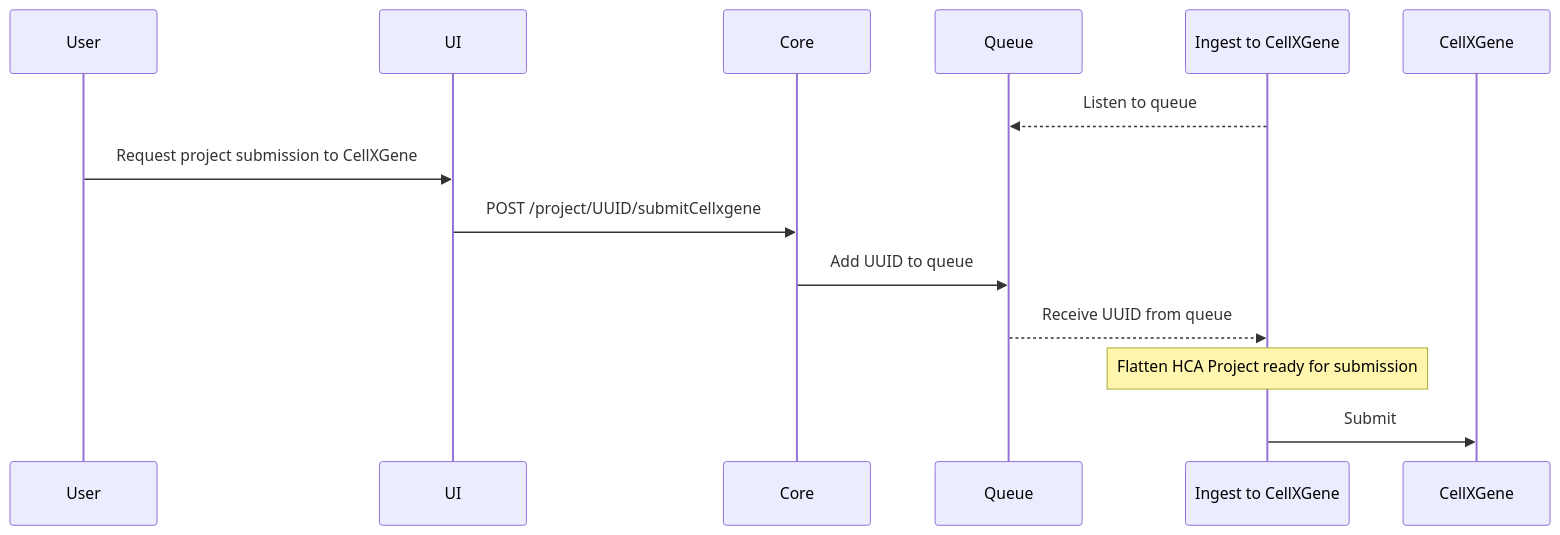
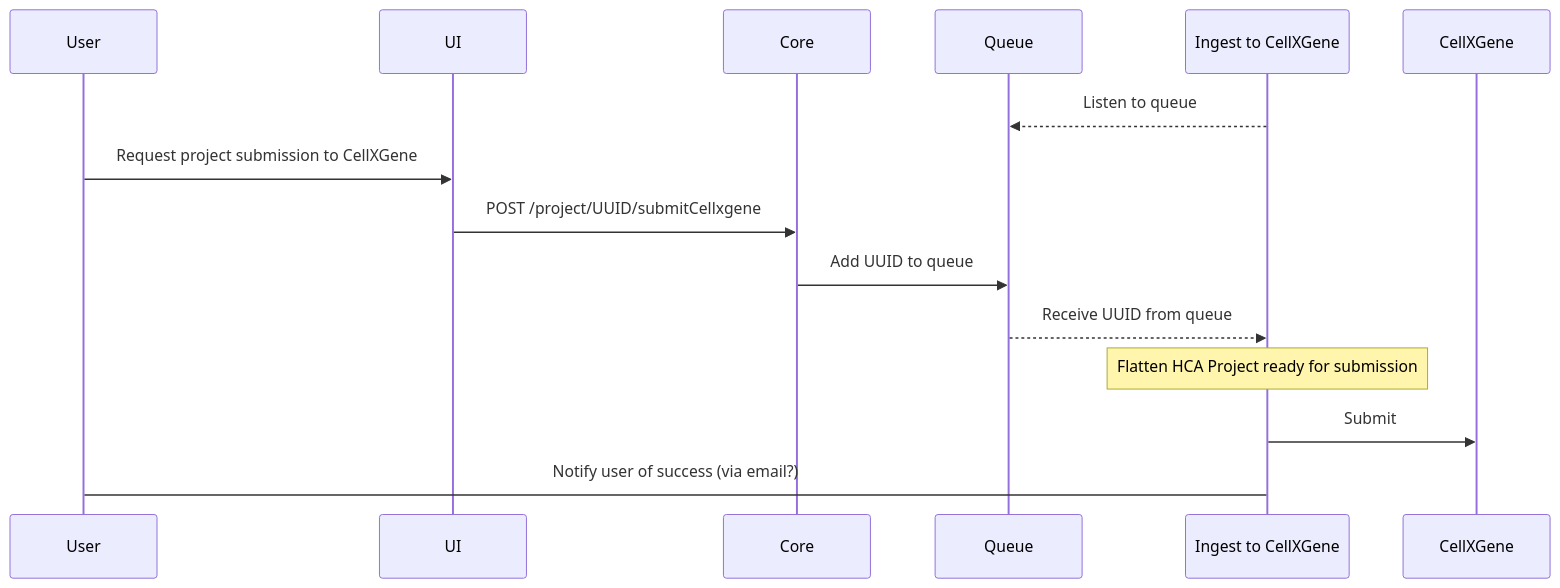
The diagram in CellXGene.md (jacobwindsor/notes), drawn with Mermaid before and after one commit. The commit also changed 1 other file, not shown here.

````diff
--- a/CellXGene.md
+++ b/CellXGene.md
@@ -2,19 +2,20 @@
 ```mermaid
 sequenceDiagram
 	participant U as User
 	participant UI as UI
 	participant C as Core
 	participant Q as Queue
 	participant ICX as Ingest to CellXGene
 	participant CX as CellXGene
 
 	ICX-->>Q:Listen to queue
 
 	U->>UI: Request project submission to CellXGene
 	UI->>C: POST /project/UUID/submitCellxgene
 	C->>Q: Add UUID to queue
 	Q-->>ICX:Receive UUID from queue
 	Note over ICX: Flatten HCA Project ready for submission
 	ICX->>CX: Submit
+	ICX->U: Notify user of success (via email?)
 
 ```
````
